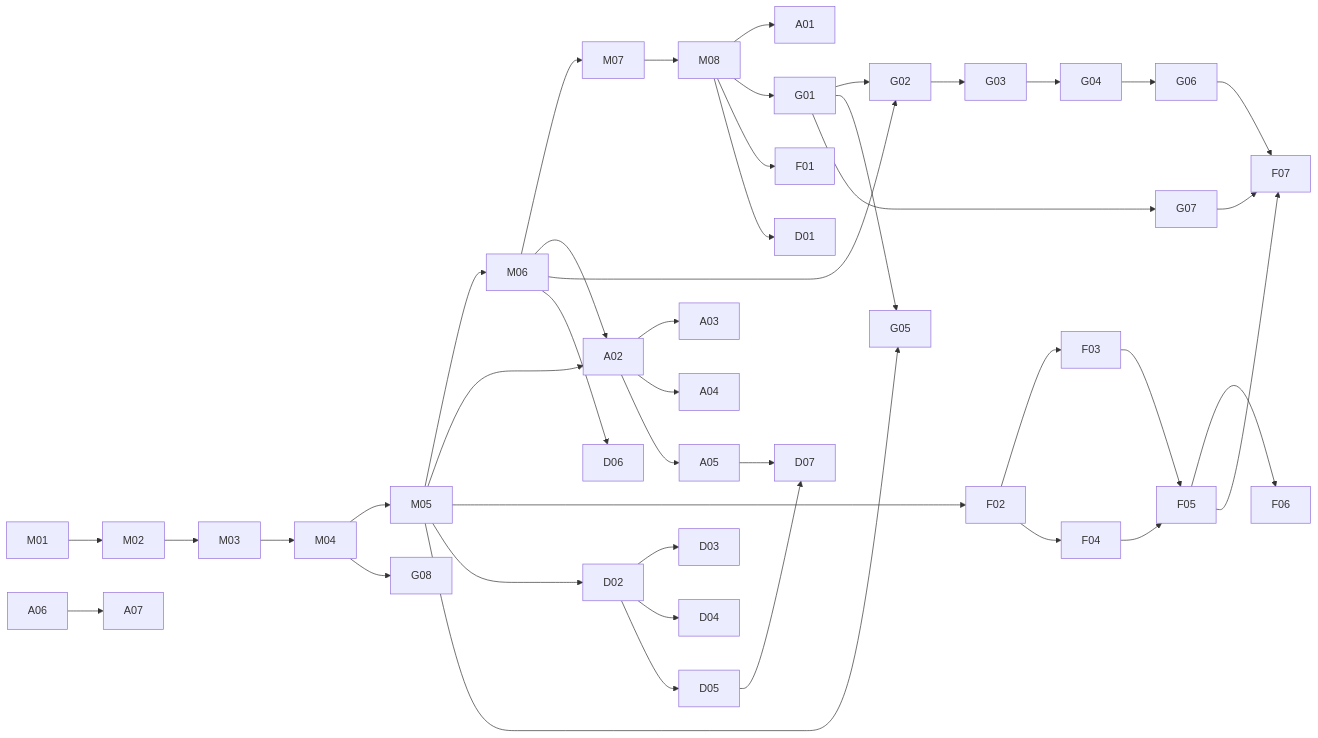
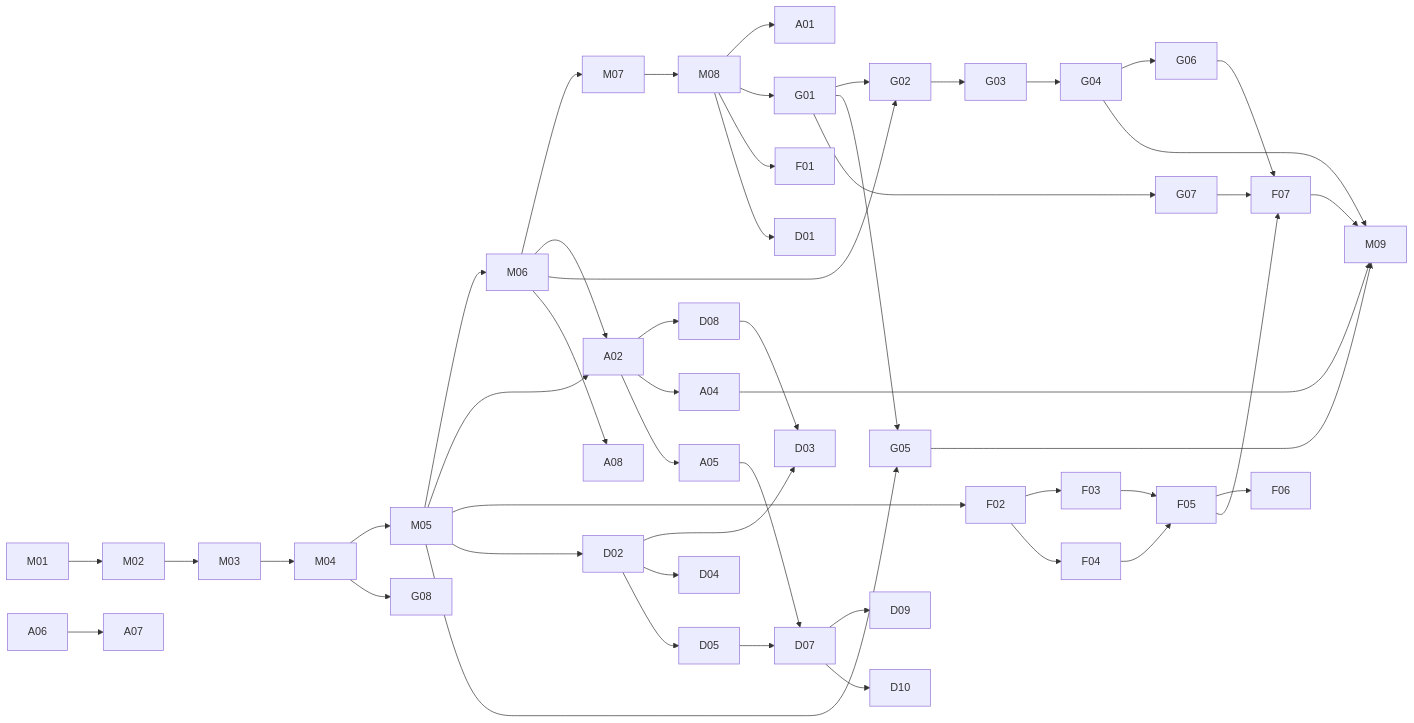
Before and after one commit to mlip3191/battleRoyale: the diagram in docs/plan/LANES.md, drawn with Mermaid. The commit also changed other lines of this file and 14 other files, not shown here.

````diff
--- a/docs/plan/LANES.md
+++ b/docs/plan/LANES.md
@@ -47,19 +52,21 @@
 ```mermaid
 graph LR
   M01-->M02-->M03-->M04-->M05-->M06-->M07-->M08
   M08-->A01 & G01 & F01 & D01
   M05-->A02 & F02 & D02 & G05
-  M06-->A02 & G02
-  A02-->A03 & A04 & A05
+  M06-->A02 & G02 & A08
+  A02-->D08 & A04 & A05
   G01-->G02 & G05 & G07
   G02-->G03-->G04-->G06
   F02-->F03 & F04
   F03 & F04-->F05-->F06
   F05 & G06 & G07-->F07
   D02-->D03 & D04 & D05
+  D08-->D03
   D05-->D07
   A05-->D07
   A06-->A07
-  M06-->D06
   M04-->G08
+  G04 & G05 & F07 & A04-->M09
+  D07-->D09 & D10
 ```
````
